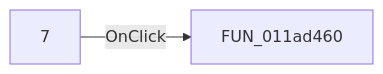
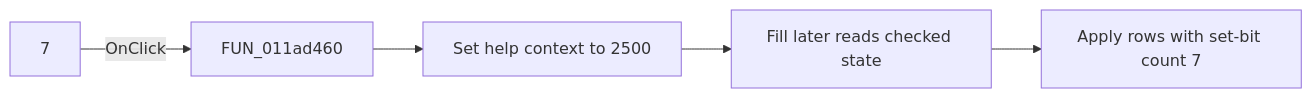
Before and after one commit to MovGP0/TIARA: the diagram in docs/ui-controls/tables-form/checkbox8-a04e441ed7.md, drawn with Mermaid. The commit also changed other lines of this file and 387 other files, not shown here.

````diff
--- a/docs/ui-controls/tables-form/checkbox8-a04e441ed7.md
+++ b/docs/ui-controls/tables-form/checkbox8-a04e441ed7.md
@@ -27,4 +27,7 @@
 ```mermaid
 flowchart LR
     control["7"] -->|OnClick| handler["FUN_011ad460"]
+    handler --> topic["Set help context to 2500"]
+    topic --> fill["Fill later reads checked state"]
+    fill --> rows["Apply rows with set-bit count 7"]
 ```
````
